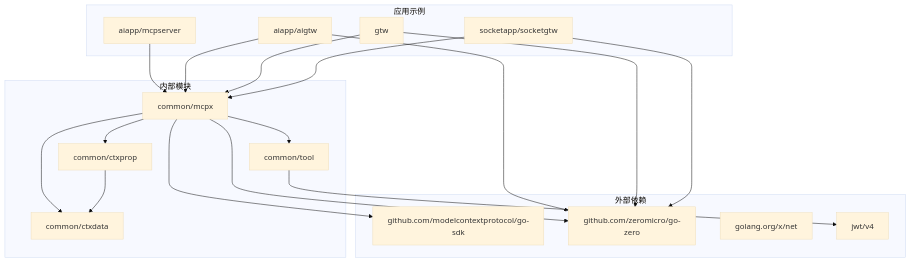
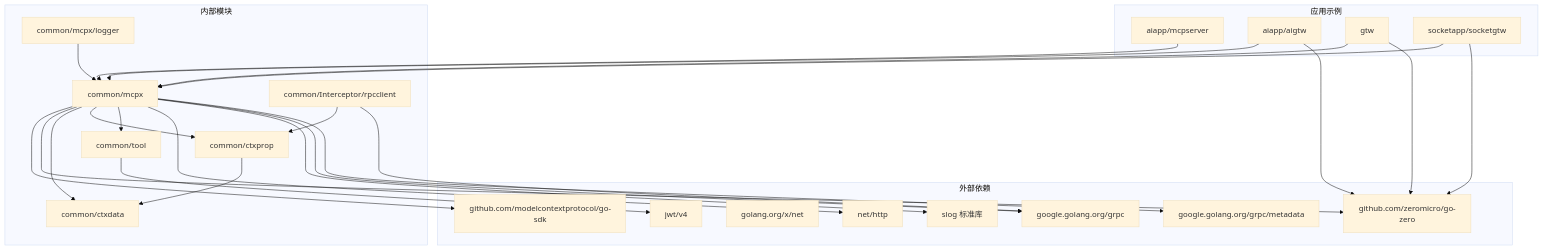
Before and after one commit to maomao94/zero-service: the ninth of 9 diagrams in .qoder/repowiki/zh/content/Mcpx Authentication System.md, drawn with Mermaid (base theme). The commit also changed other lines of this file and 25 other files, not shown here.

````diff
--- a/.qoder/repowiki/zh/content/Mcpx Authentication System.md
+++ b/.qoder/repowiki/zh/content/Mcpx Authentication System.md
@@ -354,35 +494,48 @@
 ```mermaid
 graph TB
 subgraph "外部依赖"
 A[github.com/modelcontextprotocol/go-sdk]
 B[github.com/zeromicro/go-zero]
 C[golang.org/x/net]
 D[jwt/v4]
+E[net/http]
+F[slog 标准库]
+G[google.golang.org/grpc]
+H[google.golang.org/grpc/metadata]
 end
 subgraph "内部模块"
-E[common/mcpx]
-F[common/ctxdata]
-G[common/ctxprop]
-H[common/tool]
+I[common/mcpx]
+J[common/ctxdata]
+K[common/ctxprop]
+L[common/tool]
+M[common/mcpx/logger]
+N[common/Interceptor/rpcclient]
 end
 subgraph "应用示例"
-I[aiapp/mcpserver]
-J[aiapp/aigtw]
-K[gtw]
-L[socketapp/socketgtw]
+O[aiapp/mcpserver]
+P[aiapp/aigtw]
+Q[gtw]
+R[socketapp/socketgtw]
 end
-E --> A
-E --> B
-E --> F
-E --> G
-E --> H
+I --> A
+I --> B
+I --> J
+I --> K
+I --> L
 I --> E
-J --> E
-K --> E
-L --> E
-J --> B
-K --> B
-L --> B
-G --> F
-H --> D
+I --> F
+I --> G
+I --> H
+O --> I
+P --> I
+Q --> I
+R --> I
+P --> B
+Q --> B
+R --> B
+K --> J
+L --> D
+N --> K
+N --> G
+M --> I
 ```
````
